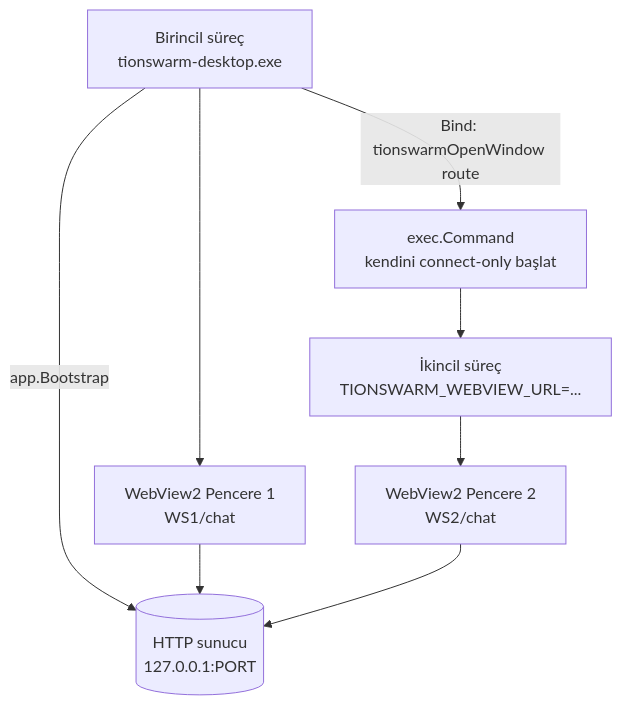
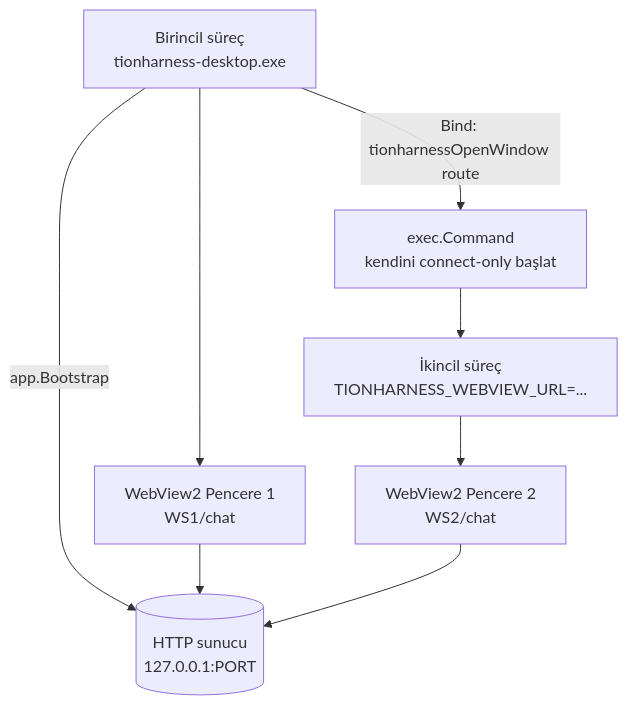
Before and after one commit to bilal-arikan/tionharness: the diagram in _Docs/30-COKLU-PENCERE.md, drawn with Mermaid. The commit also changed other lines of this file and 831 other files, not shown here.

````diff
--- a/_Docs/30-COKLU-PENCERE.md
+++ b/_Docs/30-COKLU-PENCERE.md
@@ -60,10 +60,10 @@
 ```mermaid
 graph TD
-    P[Birincil süreç<br/>tionswarm-desktop.exe] -->|app.Bootstrap| S[(HTTP sunucu<br/>127.0.0.1:PORT)]
+    P[Birincil süreç<br/>tionharness-desktop.exe] -->|app.Bootstrap| S[(HTTP sunucu<br/>127.0.0.1:PORT)]
     P --> W1[WebView2 Pencere 1<br/>WS1/chat]
-    P -->|Bind: tionswarmOpenWindow route| SPAWN[exec.Command<br/>kendini connect-only başlat]
-    SPAWN --> C[İkincil süreç<br/>TIONSWARM_WEBVIEW_URL=...]
+    P -->|Bind: tionharnessOpenWindow route| SPAWN[exec.Command<br/>kendini connect-only başlat]
+    SPAWN --> C[İkincil süreç<br/>TIONHARNESS_WEBVIEW_URL=...]
     C --> W2[WebView2 Pencere 2<br/>WS2/chat]
     W1 --> S
     W2 --> S
 ```
````
